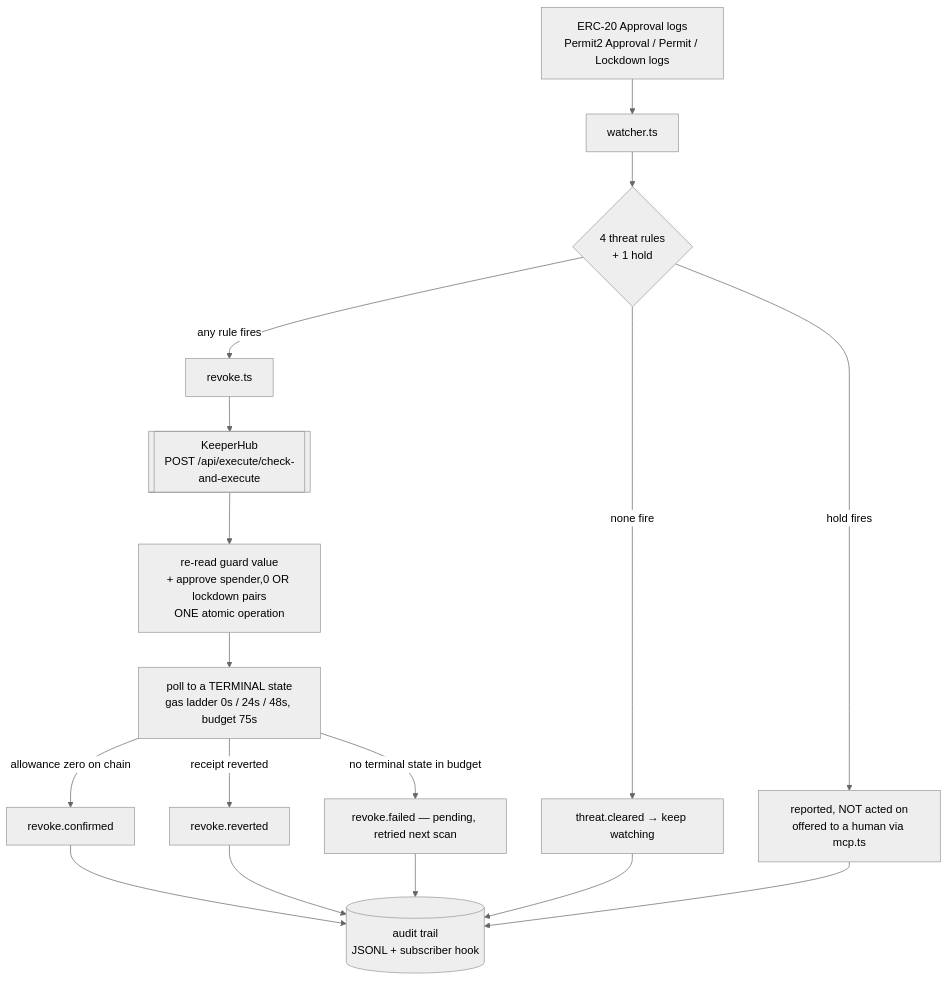
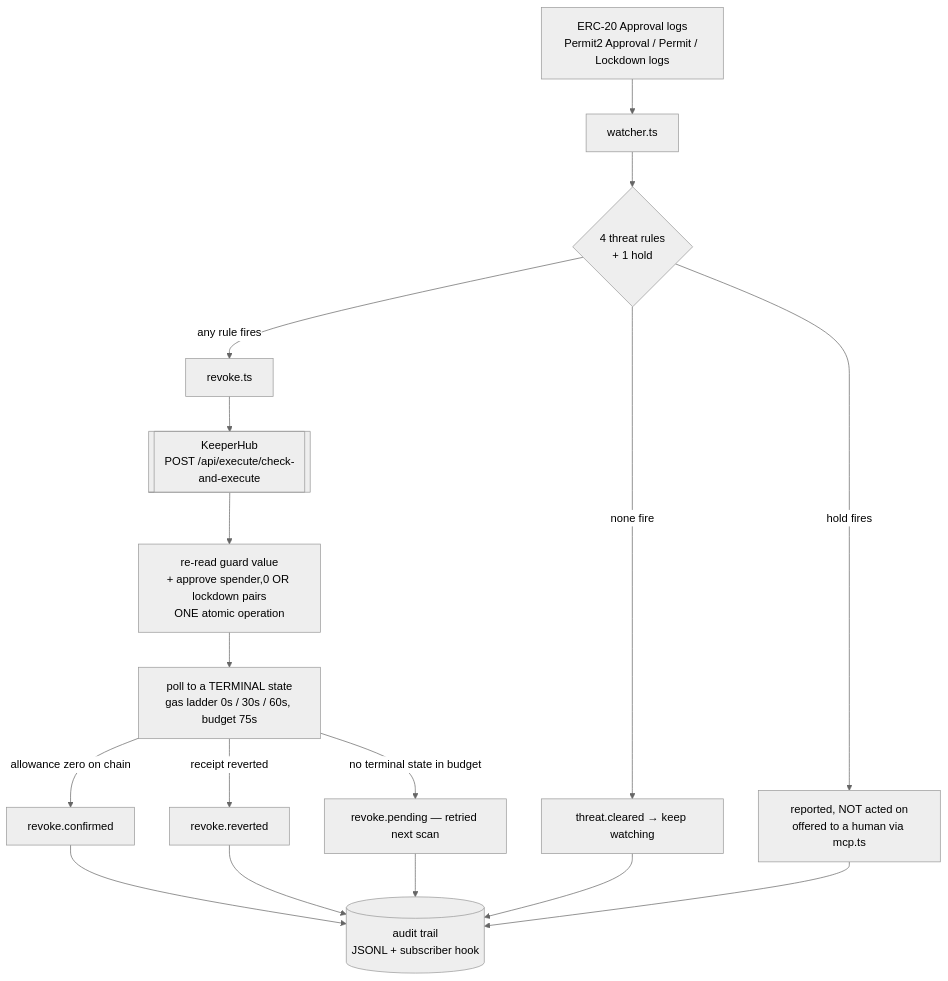
Before and after one commit to edycutjong/revoker: the first of 2 diagrams in ARCHITECTURE.md, drawn with Mermaid (neutral theme). The commit also changed other lines of this file and 13 other files, not shown here.

First line of the commit message:
fix: bound the retry loop, split pending from failed, add /healthz

````diff
--- a/ARCHITECTURE.md
+++ b/ARCHITECTURE.md
@@ -46,19 +46,19 @@
 ```mermaid
 flowchart TD
     A[ERC-20 Approval logs<br/>Permit2 Approval / Permit / Lockdown logs] --> B[watcher.ts]
     B --> C{4 threat rules<br/>+ 1 hold}
     C -->|none fire| D[threat.cleared → keep watching]
     C -->|hold fires| H2[reported, NOT acted on<br/>offered to a human via mcp.ts]
     C -->|any rule fires| E[revoke.ts]
     E --> F[["KeeperHub<br/>POST /api/execute/check-and-execute"]]
     F --> G[re-read guard value<br/>+ approve spender,0 OR lockdown pairs<br/>ONE atomic operation]
-    G --> P[poll to a TERMINAL state<br/>gas ladder 0s / 24s / 48s, budget 75s]
+    G --> P[poll to a TERMINAL state<br/>gas ladder 0s / 30s / 60s, budget 75s]
     P -->|allowance zero on chain| I[revoke.confirmed]
     P -->|receipt reverted| R[revoke.reverted]
-    P -->|no terminal state in budget| J[revoke.failed — pending, retried next scan]
+    P -->|no terminal state in budget| J[revoke.pending — retried next scan]
     I --> K[(audit trail<br/>JSONL + subscriber hook)]
     R --> K
     J --> K
     D --> K
     H2 --> K
 ```
````
